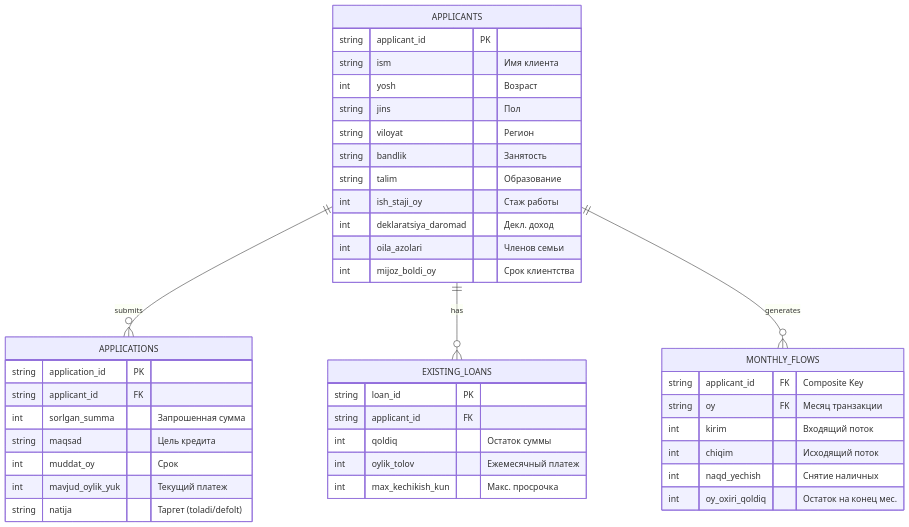
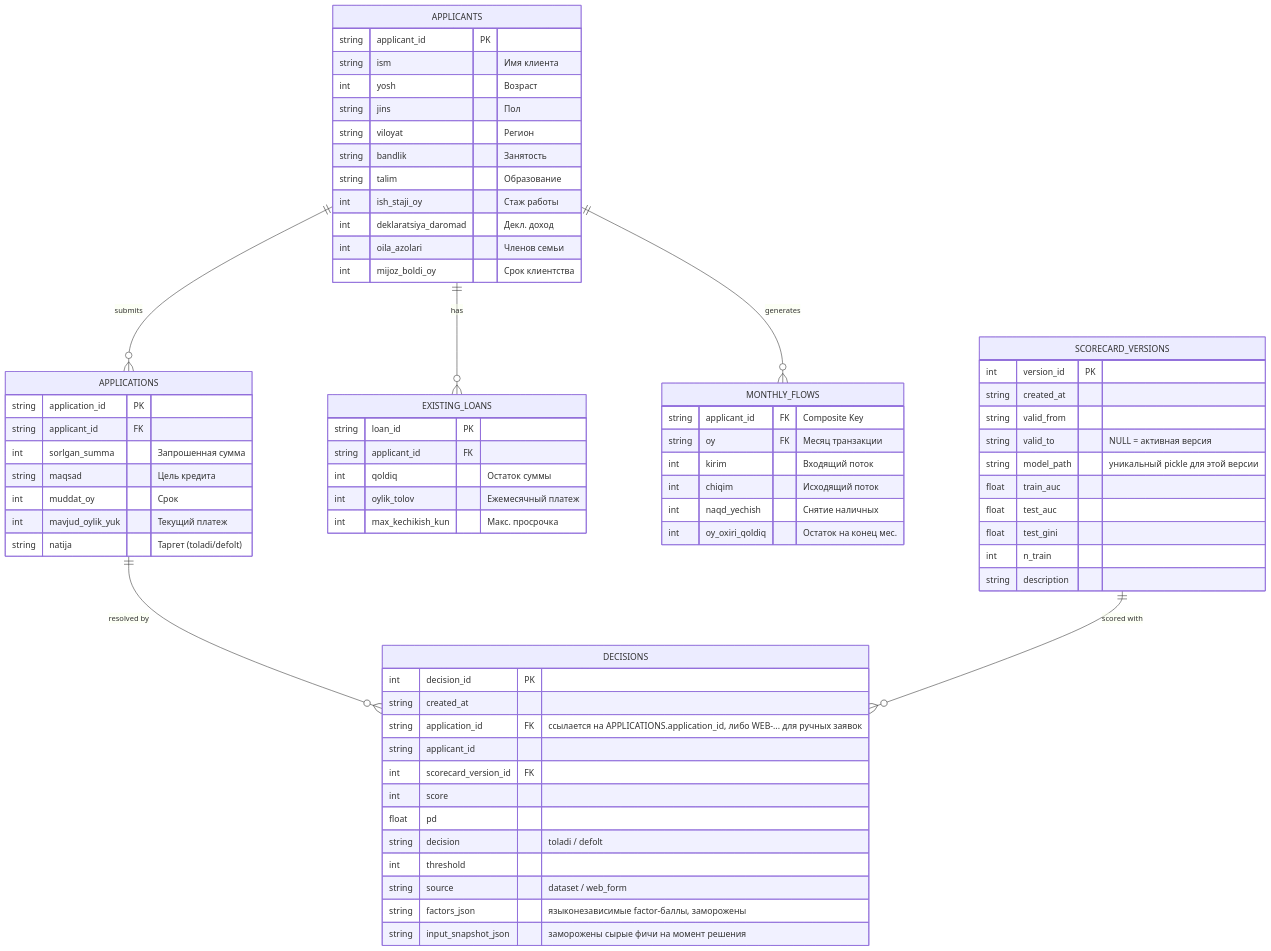
Before and after one commit to KennyNescius/scoring_credit_applications: the diagram in ERD.md, drawn with Mermaid. The commit also changed other lines of this file and 12 other files, not shown here.

````diff
--- a/ERD.md
+++ b/ERD.md
@@ -5,47 +8,77 @@
 ```mermaid
 erDiagram
     APPLICANTS {
         string applicant_id PK
         string ism "Имя клиента"
         int yosh "Возраст"
         string jins "Пол"
         string viloyat "Регион"
         string bandlik "Занятость"
         string talim "Образование"
         int ish_staji_oy "Стаж работы"
         int deklaratsiya_daromad "Декл. доход"
         int oila_azolari "Членов семьи"
         int mijoz_boldi_oy "Срок клиентства"
     }
 
     APPLICATIONS {
         string application_id PK
         string applicant_id FK
         int sorlgan_summa "Запрошенная сумма"
         string maqsad "Цель кредита"
         int muddat_oy "Срок"
         int mavjud_oylik_yuk "Текущий платеж"
         string natija "Таргет (toladi/defolt)"
     }
 
     EXISTING_LOANS {
         string loan_id PK
         string applicant_id FK
         int qoldiq "Остаток суммы"
         int oylik_tolov "Ежемесячный платеж"
         int max_kechikish_kun "Макс. просрочка"
     }
 
     MONTHLY_FLOWS {
         string applicant_id FK "Composite Key"
         string oy FK "Месяц транзакции"
         int kirim "Входящий поток"
         int chiqim "Исходящий поток"
         int naqd_yechish "Снятие наличных"
         int oy_oxiri_qoldiq "Остаток на конец мес."
     }
 
+    SCORECARD_VERSIONS {
+        int version_id PK
+        string created_at
+        string valid_from
+        string valid_to "NULL = активная версия"
+        string model_path "уникальный pickle для этой версии"
+        float train_auc
+        float test_auc
+        float test_gini
+        int n_train
+        string description
+    }
+
+    DECISIONS {
+        int decision_id PK
+        string created_at
+        string application_id FK "ссылается на APPLICATIONS.application_id, либо WEB-...  для ручных заявок"
+        string applicant_id
+        int scorecard_version_id FK
+        int score
+        float pd
+        string decision "toladi / defolt"
+        int threshold
+        string source "dataset / web_form"
+        string factors_json "языконезависимые factor-баллы, заморожены"
+        string input_snapshot_json "заморожены сырые фичи на момент решения"
+    }
+
     APPLICANTS ||--o{ APPLICATIONS : "submits"
     APPLICANTS ||--o{ EXISTING_LOANS : "has"
     APPLICANTS ||--o{ MONTHLY_FLOWS : "generates"
+    APPLICATIONS ||--o{ DECISIONS : "resolved by"
+    SCORECARD_VERSIONS ||--o{ DECISIONS : "scored with"
 ```
````
